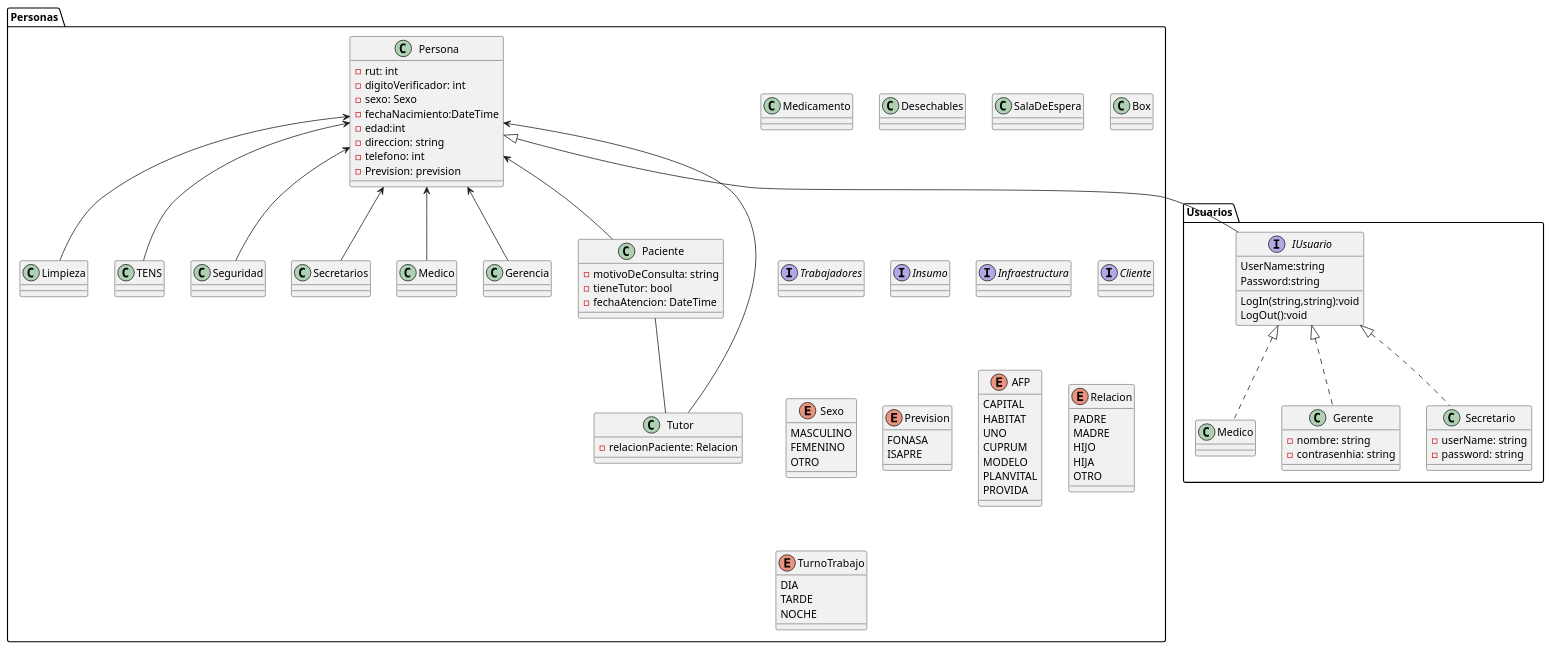
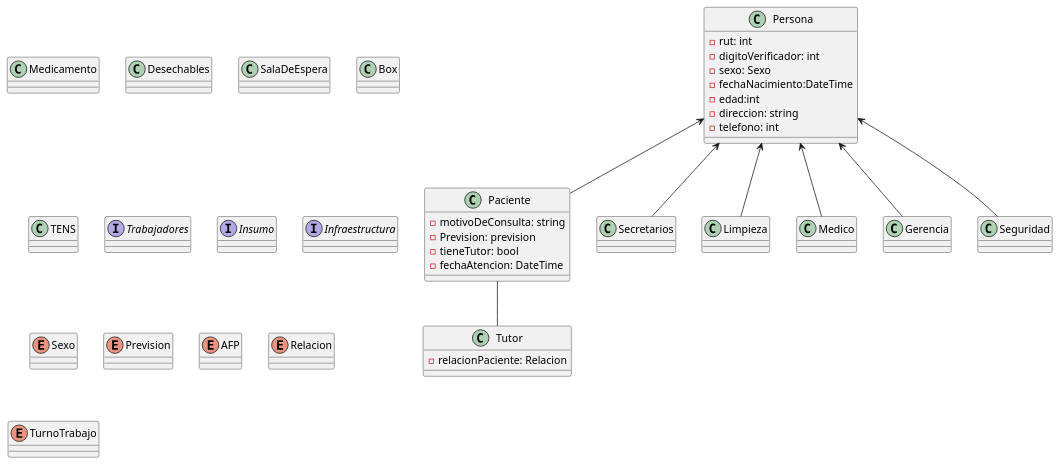
Before and after one commit to ecadiz123/ProyectoAvaloniaProgra2: the diagram in consultorio.puml, drawn with PlantUML. The commit also changed 8 other files, not shown here.

```diff
--- a/consultorio.puml
+++ b/consultorio.puml
@@ -1,107 +1,65 @@
 @startuml clinicaApp
-package Personas
-{
-    class Persona{
+class Persona{
     - rut: int
     - digitoVerificador: int
     - sexo: Sexo
     - fechaNacimiento:DateTime
     - edad:int
     - direccion: string
     - telefono: int 
-    - Prevision: prevision
 }
 class Paciente{
-    - motivoDeConsulta: string 
+    -motivoDeConsulta: string 
+    - Prevision: prevision
     - tieneTutor: bool
     - fechaAtencion: DateTime
 }
 class Tutor{
     - relacionPaciente: Relacion
+    
 }
+class Secretarios{}
 class Limpieza{}
+class Medico{
 
+}
+class Gerencia{}
 class Medicamento {}
 class Desechables {}
 class SalaDeEspera {}
 class Box{}
 class TENS{}
 class Seguridad{}
 
 interface Trabajadores{}
 interface Insumo {}
 interface Infraestructura{}
-interface Cliente{}
 
 enum Sexo{
-    MASCULINO
-    FEMENINO
-    OTRO
+
 }
 enum Prevision{
-    FONASA
-    ISAPRE
+
 }
 
 enum AFP{
-    CAPITAL
-    HABITAT
-    UNO
-    CUPRUM
-    MODELO
-    PLANVITAL
-    PROVIDA
+
 }
 enum Relacion{
-    PADRE
-    MADRE
-    HIJO
-    HIJA
-    OTRO
+
 }
 enum TurnoTrabajo{
-    DIA
-    TARDE
-    NOCHE
+
 }
 
 'Relaciones 
 'Herencias
 Persona<-- Paciente 
 Persona<-- Secretarios 
 Persona<-- Limpieza 
 Persona<-- Medico 
 Persona<-- Gerencia 
 Persona<-- Seguridad 
-Persona<-- Tutor
-Persona<-- TENS
 'Asociaciones
 Paciente -- Tutor
-}
-package Usuarios
-{
-    interface IUsuario
-    {
-        LogIn(string,string):void
-        LogOut():void
-        UserName:string
-        Password:string
-        }
-    class Secretario{
-        -userName: string
-        -password: string
-    } 
-    class Medico{}
-
-    class Gerente
-    {
-        -nombre: string
-        -contrasenhia: string
-        
-    }
-    Persona <|-- IUsuario
-    IUsuario<|.. Secretario
-    IUsuario<|.. Gerente
-    IUsuario<|.. Medico
-}
 @enduml
```
